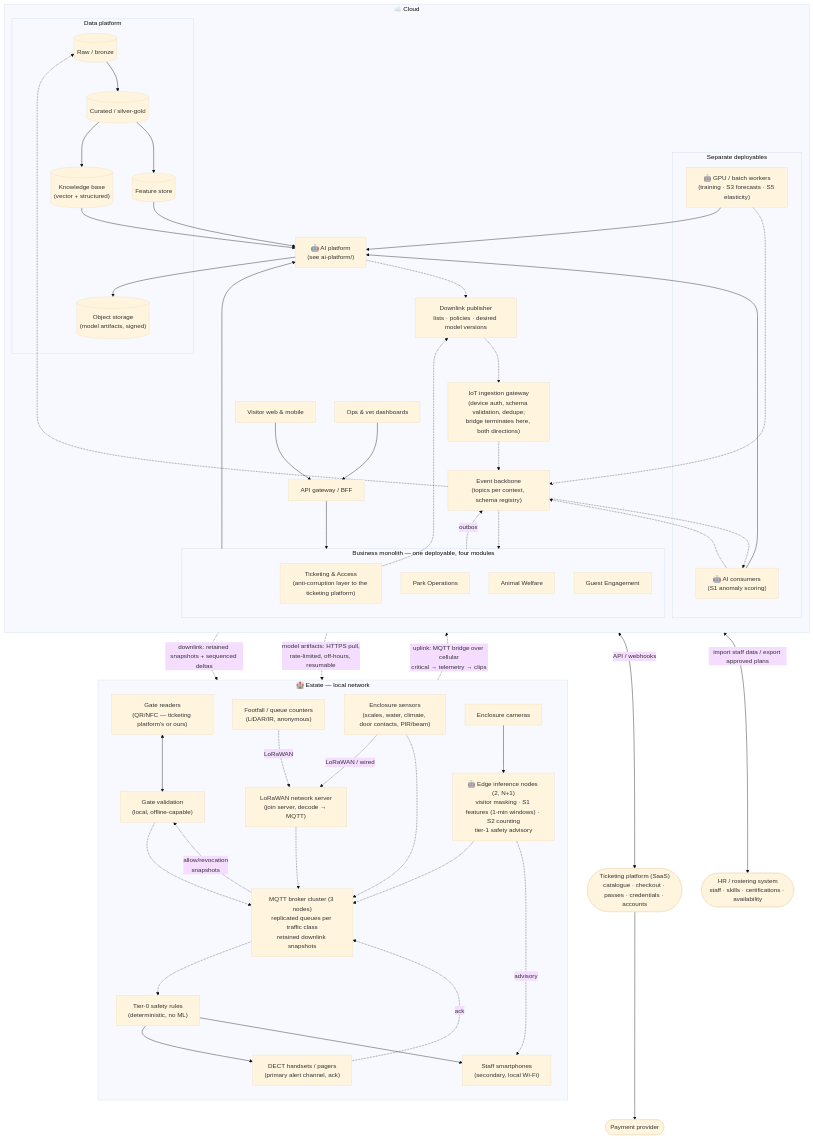
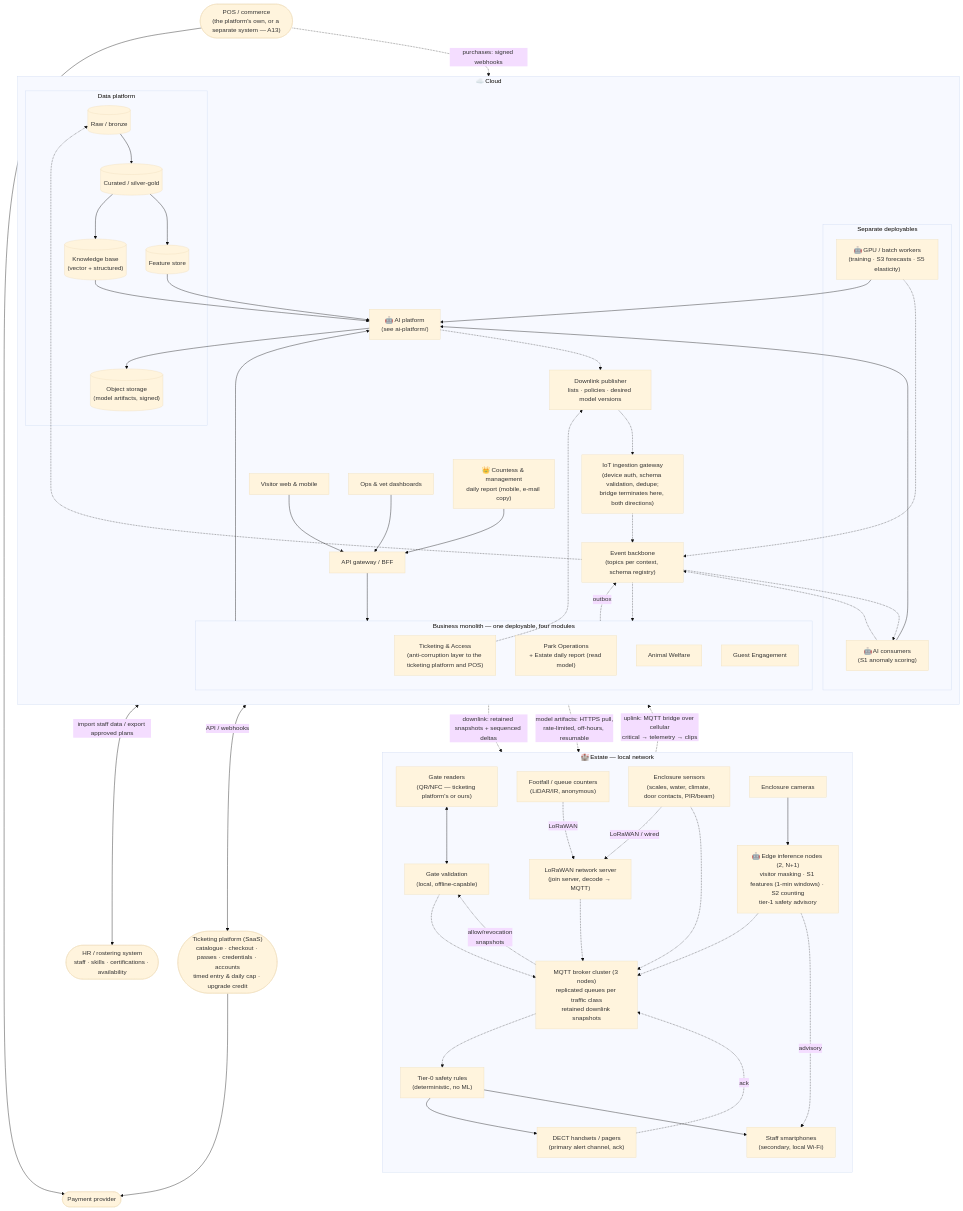
The diagram in hld/core/README.md (kr0k/katas), drawn with Mermaid (base theme) before and after one commit. The commit also changed other lines of this file and 25 other files, not shown here.

```diff
--- a/hld/core/README.md
+++ b/hld/core/README.md
@@ -51,8 +51,8 @@
         Ingest -.-> Bus
 
         subgraph Mono["Business monolith — one deployable, four modules"]
-            Tix["Ticketing & Access<br/>(anti-corruption layer to the ticketing platform)"]
-            Ops["Park Operations"]
+            Tix["Ticketing & Access<br/>(anti-corruption layer to the ticketing platform and POS)"]
+            Ops["Park Operations<br/>+ Estate daily report (read model)"]
             Welfare["Animal Welfare"]
             Guest["Guest Engagement"]
         end
@@ -73,8 +73,10 @@
         API["API gateway / BFF"]
         Web["Visitor web & mobile"]
         OpsUI["Ops & vet dashboards"]
+        Countess["👑 Countess & management<br/>daily report (mobile, e-mail copy)"]
         Web --> API
         OpsUI --> API
+        Countess --> API
         API --> Mono
 
         subgraph DataP["Data platform"]
@@ -98,8 +100,11 @@
         Tix -.-> Down
     end
 
-    TixSaaS(["Ticketing platform (SaaS)<br/>catalogue · checkout · passes · credentials · accounts"])
+    TixSaaS(["Ticketing platform (SaaS)<br/>catalogue · checkout · passes · credentials · accounts<br/>timed entry & daily cap · upgrade credit"])
+    POS(["POS / commerce<br/>(the platform's own, or a separate system — A13)"])
     Pay(["Payment provider"])
+    POS -. "purchases: signed webhooks" .-> Tix
+    POS --> Pay
     HR(["HR / rostering system<br/>staff · skills · certifications · availability"])
     Ops <-- "import staff data / export approved plans" --> HR
 
```
